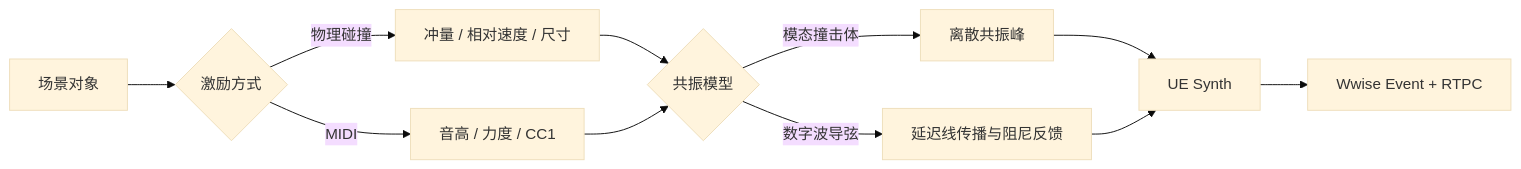
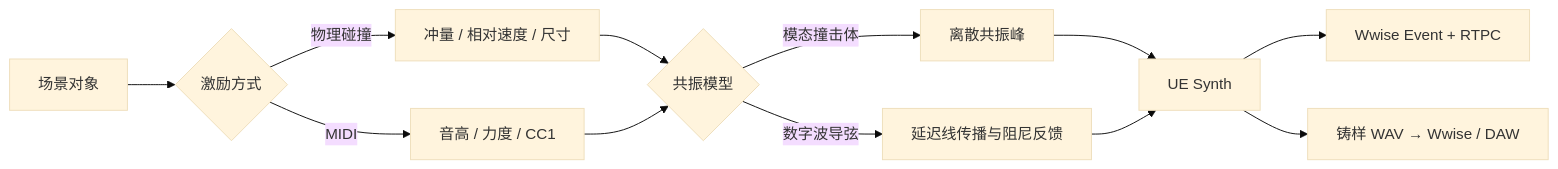
The diagram in README.md (Ubik42/resonance-forge), drawn with Mermaid (base theme) before and after one commit. The commit also changed other lines of this file and 11 other files, not shown here.

````diff
--- a/README.md
+++ b/README.md
@@ -68,13 +69,14 @@
 ```mermaid
 flowchart LR
     A[场景对象] --> B{激励方式}
     B -->|物理碰撞| C[冲量 / 相对速度 / 尺寸]
     B -->|MIDI| D[音高 / 力度 / CC1]
     C --> E{共振模型}
     D --> E
     E -->|模态撞击体| F[离散共振峰]
     E -->|数字波导弦| G[延迟线传播与阻尼反馈]
     F --> H[UE Synth]
     G --> H
     H --> I[Wwise Event + RTPC]
+    H --> J[铸样 WAV → Wwise / DAW]
 ```
````
